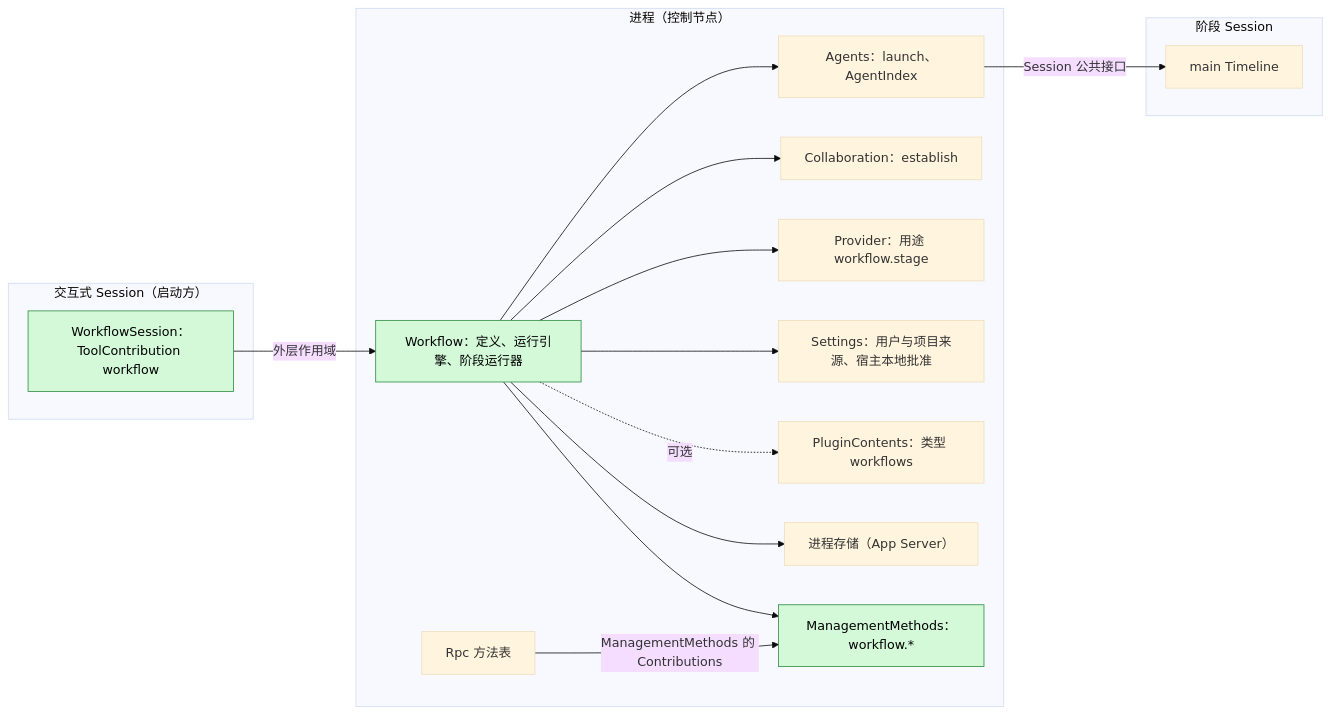
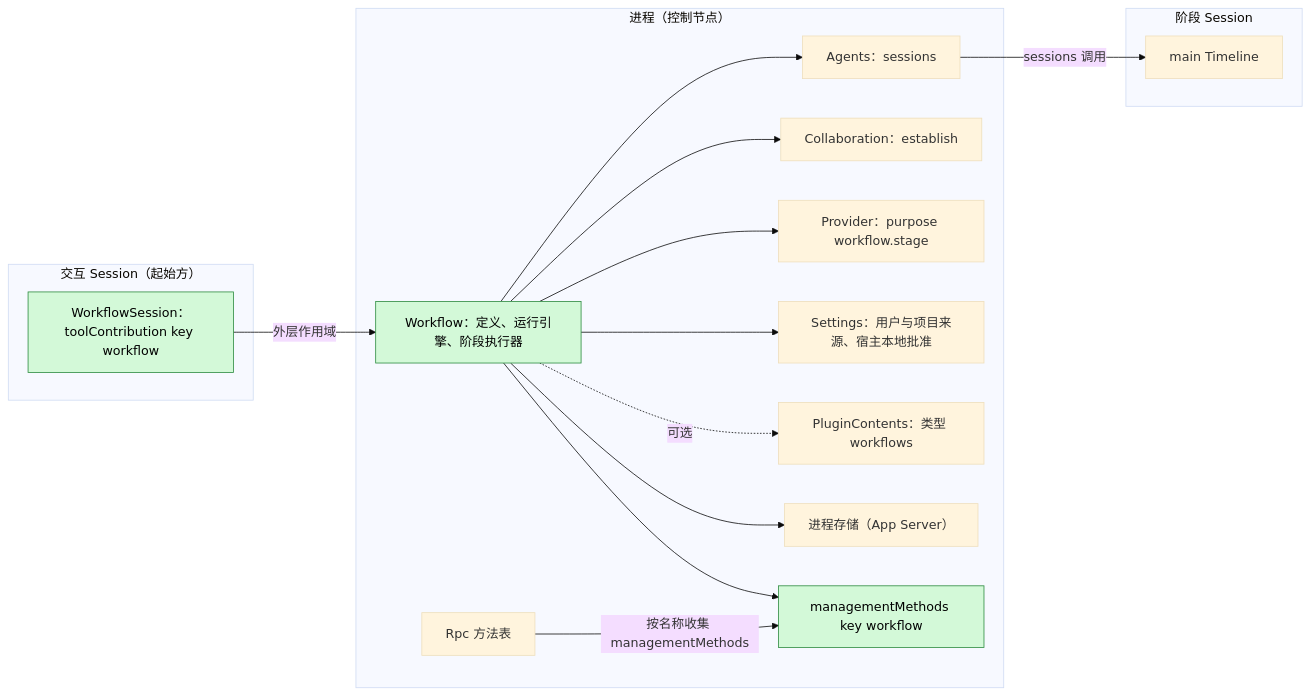
The first of 6 diagrams in docs/zh/design/plugins/Workflow.md (CoutinhoTTS/dim-agent), drawn with Mermaid (base theme) before and after one commit. The commit also changed other lines of this file and 18 other files, not shown here.

````diff
--- a/docs/zh/design/plugins/Workflow.md
+++ b/docs/zh/design/plugins/Workflow.md
@@ -9,32 +9,32 @@
 ```mermaid
 flowchart LR
   subgraph PROC["进程（控制节点）"]
-    WF["Workflow：定义、运行引擎、阶段运行器"]
-    MM["ManagementMethods：workflow.*"]
-    Agents["Agents：launch、AgentIndex"]
+    WF["Workflow：定义、运行引擎、阶段执行器"]
+    MM["managementMethods key workflow"]
+    Agents["Agents：sessions"]
     Coll["Collaboration：establish"]
-    Prov["Provider：用途 workflow.stage"]
+    Prov["Provider：purpose workflow.stage"]
     Set["Settings：用户与项目来源、宿主本地批准"]
     PC["PluginContents：类型 workflows"]
     Store["进程存储（App Server）"]
     Rpc["Rpc 方法表"]
   end
-  subgraph SESS["交互式 Session（启动方）"]
-    Tool["WorkflowSession：ToolContribution workflow"]
+  subgraph SESS["交互 Session（起始方）"]
+    Tool["WorkflowSession：toolContribution key workflow"]
   end
   subgraph STG["阶段 Session"]
     TL["main Timeline"]
   end
   Tool -->|"外层作用域"| WF
   WF --> Agents
   WF --> Coll
   WF --> Prov
   WF --> Set
   WF -.->|"可选"| PC
   WF --> Store
   WF --> MM
-  Rpc -->|"ManagementMethods 的 Contributions"| MM
-  Agents -->|"Session 公共接口"| TL
+  Rpc -->|"按名称收集 managementMethods"| MM
+  Agents -->|"sessions 调用"| TL
   classDef new fill:#d3f9d8,stroke:#2b8a3e,color:#000
   class WF,MM,Tool new
 ```
````
